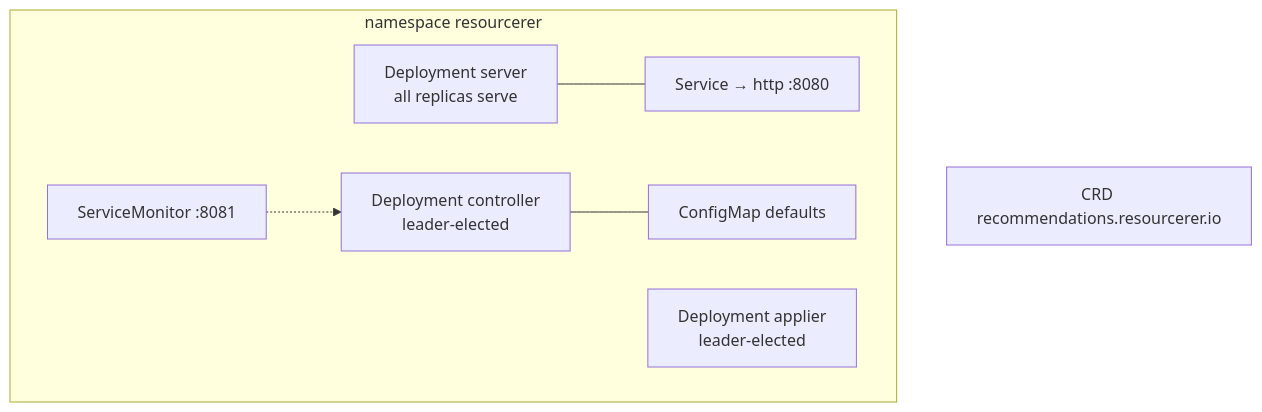
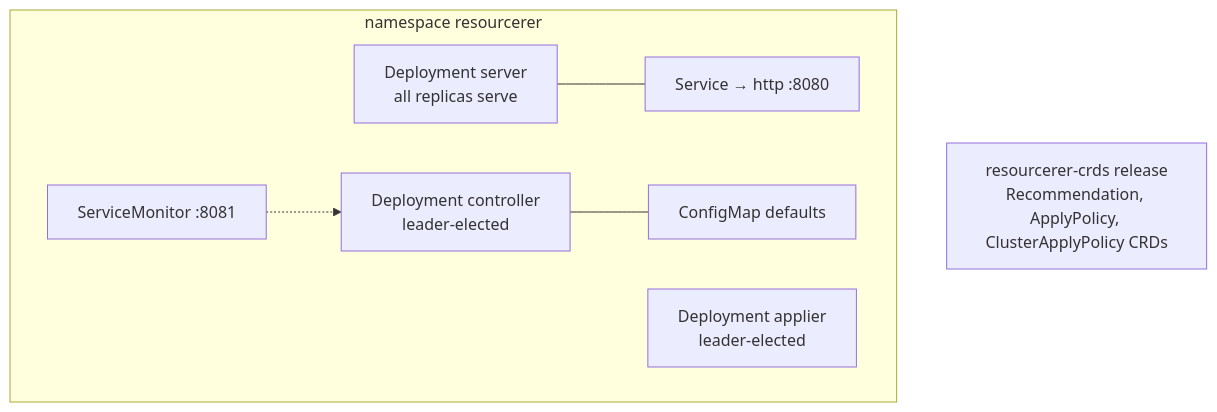
One commit to gjbravi/resourcerer changed diagram 11 of 11 in docs/architecture.md. Above: the diagram before and after it, drawn with Mermaid. The commit also changed other lines of this file and 33 other files, not shown here.

First line of the commit message:
feat(chart)!: ship the crds in a chart of their own (#55)

````diff
--- a/docs/architecture.md
+++ b/docs/architecture.md
@@ -413,15 +413,15 @@
 ```mermaid
 flowchart TB
     subgraph ns[namespace resourcerer]
         dc[Deployment controller<br/>leader-elected]
         da[Deployment applier<br/>leader-elected]
         ds[Deployment server<br/>all replicas serve]
         svc[Service → http :8080]
         cmd[ConfigMap defaults]
         sm[ServiceMonitor :8081]
     end
-    crd[CRD recommendations.resourcerer.io]
+    crds[resourcerer-crds release<br/>Recommendation, ApplyPolicy, ClusterApplyPolicy CRDs]
     ds --- svc
     dc --- cmd
     sm -.-> dc
 ```
````
